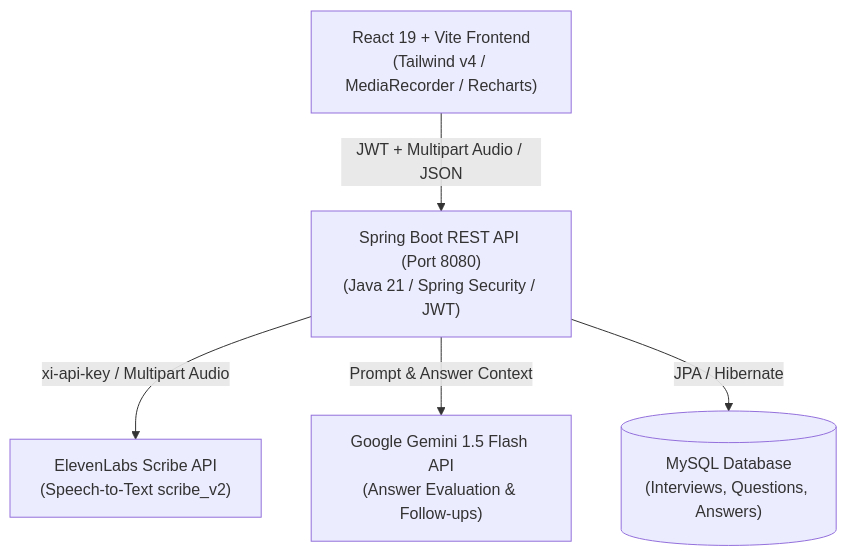
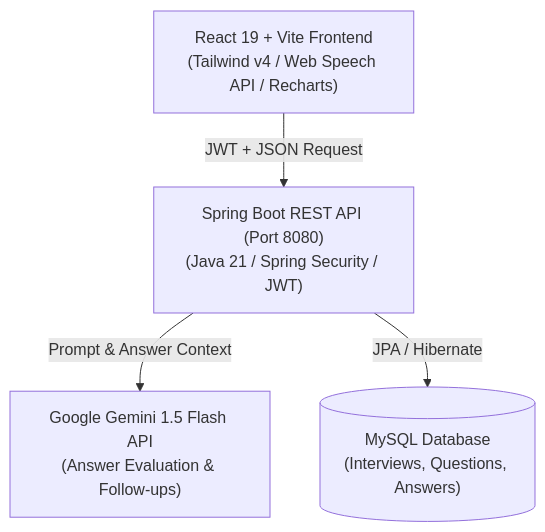
The diagram in README.md (aaryanman29-beep/IntervAI), drawn with Mermaid before and after one commit. The commit also changed other lines of this file and 13 other files, not shown here.

Commit message:
refactor: replace ElevenLabs speech-to-text with native browser Web Speech API

````diff
--- a/README.md
+++ b/README.md
@@ -88,13 +82,11 @@
 ```mermaid
 graph TD
-    Client["React 19 + Vite Frontend<br/>(Tailwind v4 / MediaRecorder / Recharts)"]
+    Client["React 19 + Vite Frontend<br/>(Tailwind v4 / Web Speech API / Recharts)"]
     API["Spring Boot REST API (Port 8080)<br/>(Java 21 / Spring Security / JWT)"]
-    ElevenLabs["ElevenLabs Scribe API<br/>(Speech-to-Text scribe_v2)"]
     Gemini["Google Gemini 1.5 Flash API<br/>(Answer Evaluation & Follow-ups)"]
     DB[("MySQL Database<br/>(Interviews, Questions, Answers)")]
 
-    Client -->|JWT + Multipart Audio / JSON| API
-    API -->|xi-api-key / Multipart Audio| ElevenLabs
+    Client -->|JWT + JSON Request| API
     API -->|Prompt & Answer Context| Gemini
     API -->|JPA / Hibernate| DB
 ```
````
